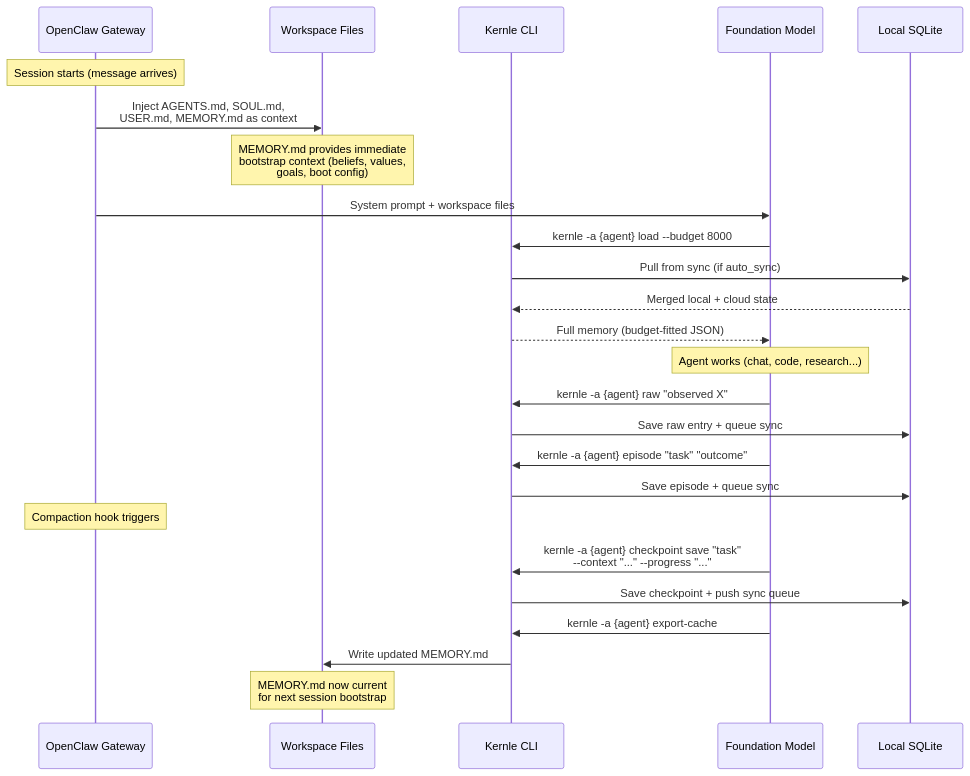
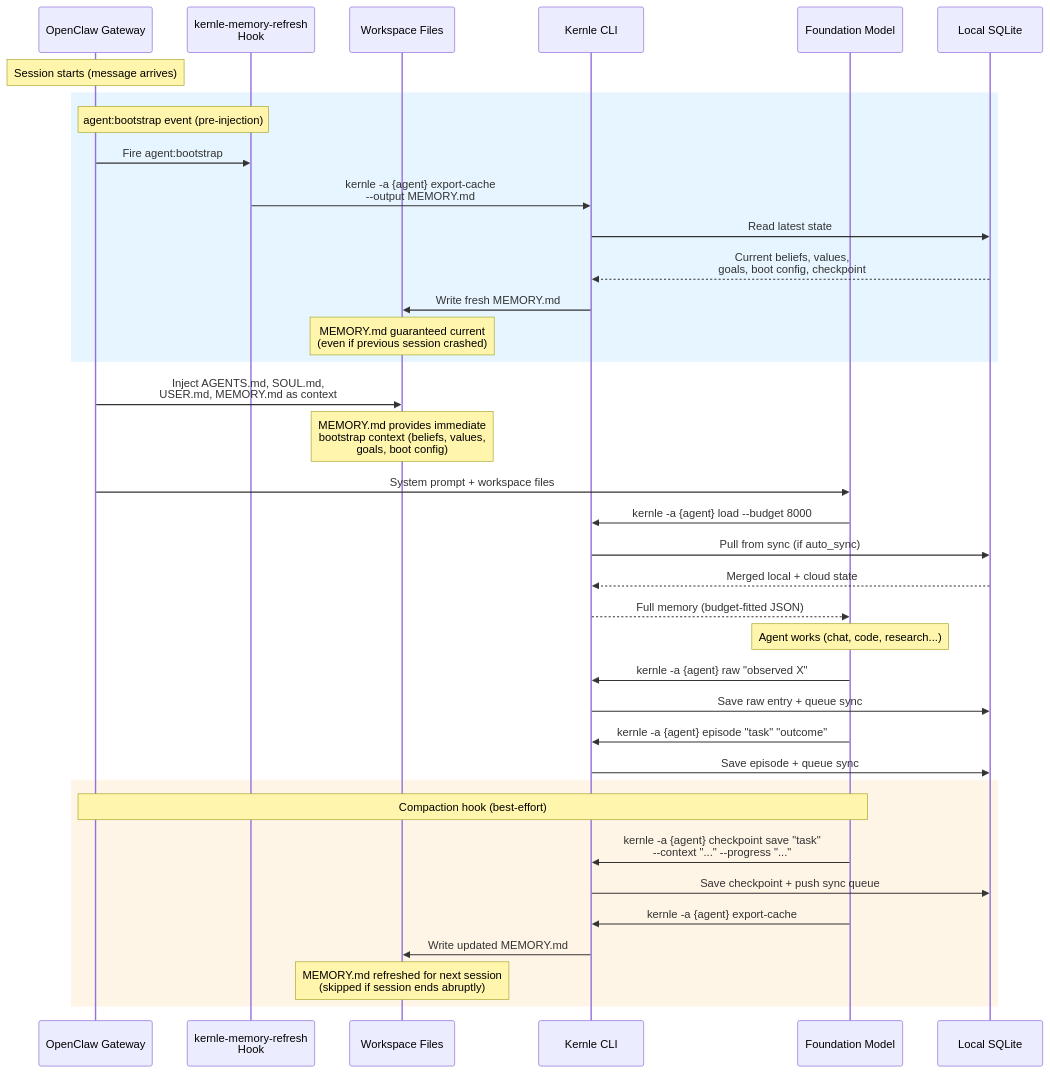
Diagram 12 of 29 in docs/ARCHITECTURE_DIAGRAMS.md (Emergent-Instruments/kernle), drawn with Mermaid before and after one commit. The commit also changed other lines of this file, not shown here.

First line of the commit message:
docs: add belt-and-suspenders memory refresh pattern to diagrams

````diff
--- a/docs/ARCHITECTURE_DIAGRAMS.md
+++ b/docs/ARCHITECTURE_DIAGRAMS.md
@@ -605,32 +609,45 @@
 ```mermaid
 sequenceDiagram
     participant GW as OpenClaw Gateway
+    participant HOOK as kernle-memory-refresh<br/>Hook
     participant WS as Workspace Files
     participant K as Kernle CLI
     participant LLM as Foundation Model
     participant SQLITE as Local SQLite
 
     Note over GW: Session starts (message arrives)
+
+    rect rgb(230, 245, 255)
+        Note over GW,HOOK: agent:bootstrap event (pre-injection)
+        GW->>HOOK: Fire agent:bootstrap
+        HOOK->>K: kernle -a {agent} export-cache<br/>--output MEMORY.md
+        K->>SQLITE: Read latest state
+        SQLITE-->>K: Current beliefs, values,<br/>goals, boot config, checkpoint
+        K->>WS: Write fresh MEMORY.md
+        Note over WS: MEMORY.md guaranteed current<br/>(even if previous session crashed)
+    end
+
     GW->>WS: Inject AGENTS.md, SOUL.md,<br/>USER.md, MEMORY.md as context
     Note over WS: MEMORY.md provides immediate<br/>bootstrap context (beliefs, values,<br/>goals, boot config)
 
     GW->>LLM: System prompt + workspace files
     LLM->>K: kernle -a {agent} load --budget 8000
     K->>SQLITE: Pull from sync (if auto_sync)
     SQLITE-->>K: Merged local + cloud state
     K-->>LLM: Full memory (budget-fitted JSON)
 
     Note over LLM: Agent works (chat, code, research...)
     LLM->>K: kernle -a {agent} raw "observed X"
     K->>SQLITE: Save raw entry + queue sync
     LLM->>K: kernle -a {agent} episode "task" "outcome"
     K->>SQLITE: Save episode + queue sync
 
-    Note over GW: Compaction hook triggers
-    LLM->>K: kernle -a {agent} checkpoint save "task"<br/>--context "..." --progress "..."
-    K->>SQLITE: Save checkpoint + push sync queue
-    LLM->>K: kernle -a {agent} export-cache
-    K->>WS: Write updated MEMORY.md
-
-    Note over WS: MEMORY.md now current<br/>for next session bootstrap
+    rect rgb(255, 245, 230)
+        Note over GW,LLM: Compaction hook (best-effort)
+        LLM->>K: kernle -a {agent} checkpoint save "task"<br/>--context "..." --progress "..."
+        K->>SQLITE: Save checkpoint + push sync queue
+        LLM->>K: kernle -a {agent} export-cache
+        K->>WS: Write updated MEMORY.md
+        Note over WS: MEMORY.md refreshed for next session<br/>(skipped if session ends abruptly)
+    end
 ```
````
